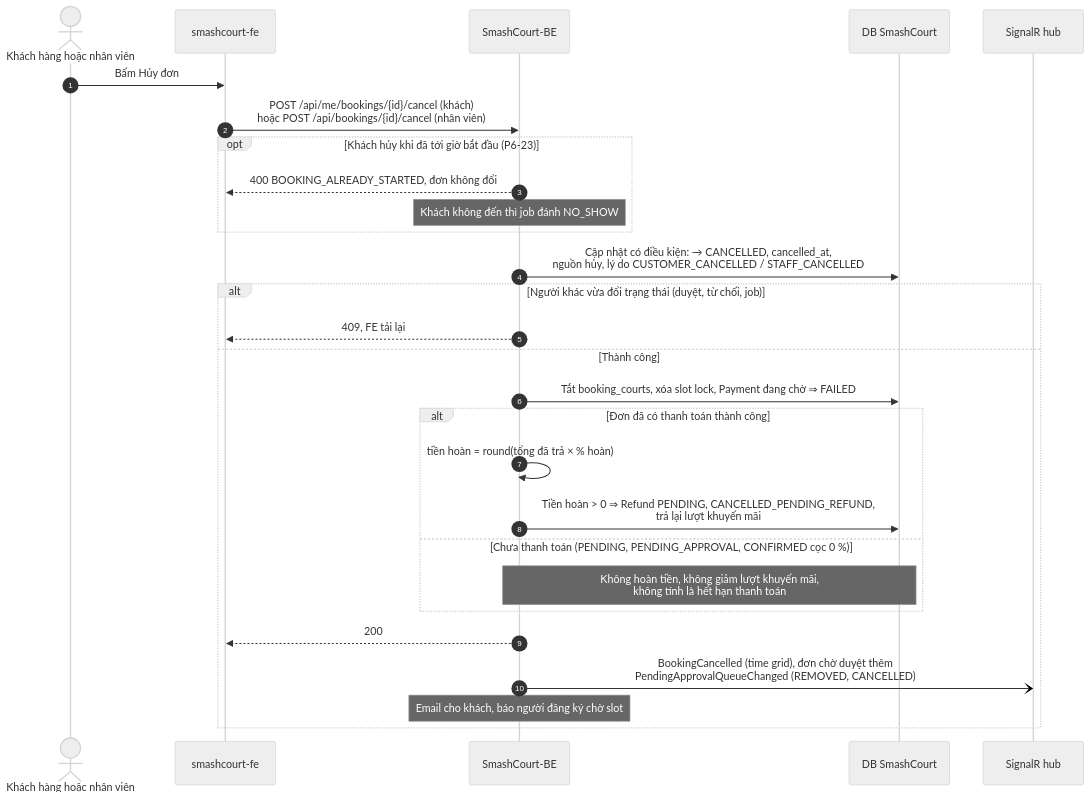
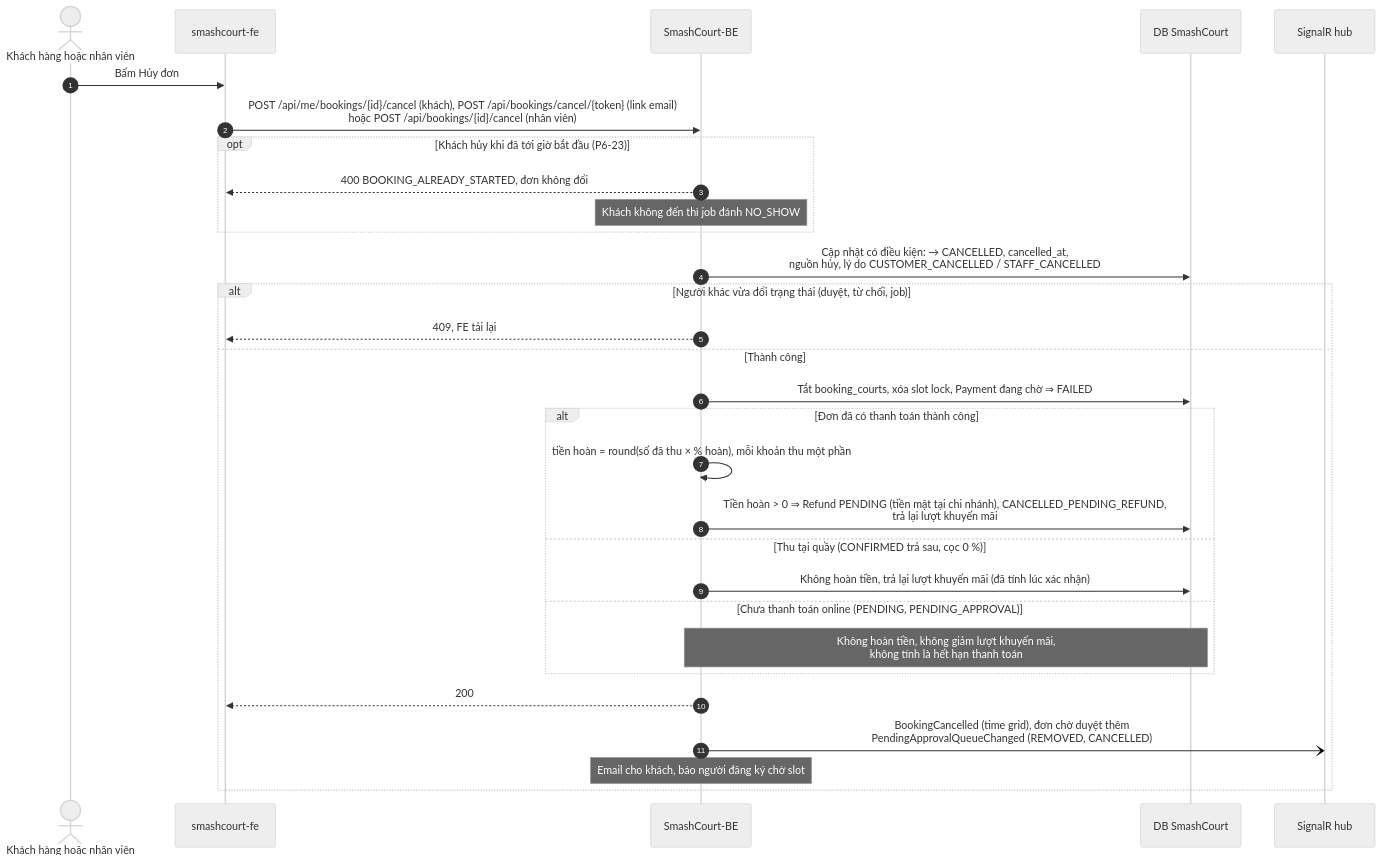
One commit to NguyenThanhTrung-N2T/TrustworthyAdaptiveDecisionSupportSystem-TADSS changed the sixth of 6 diagrams in docs/report/SEQUENCE_DIAGRAMS.md. Above: the diagram before and after it, drawn with Mermaid (neutral theme). The commit also changed other lines of this file and 2 other files, not shown here.

Commit message:
docs(phase6): 6A-4 plan and results; cancellation, payment result and checkout design; Phase 6 regression review
- Plan 6A-4 (thanh toán, hủy, check-out) kèm kết quả thực hiện và mục rà soát hồi quy so với trước Phase 6
- Spec 7.7–7.13: hoàn tiền mặt tại chi nhánh, thanh toán dùng chung mọi cổng, thứ tự kiểm link hủy, thứ tự khóa booking trước Payment
- Spec 7.9: hủy qua link trả lượt khuyến mãi, chữ email hủy khi hoàn 0 đ; sửa dòng rủi ro khuyến mãi ghi nhận quá
- Rủi ro mới: Job-01 chưa theo thứ tự khóa (6A-5); N-29 đã xử lý
- Sơ đồ tuần tự 5, 6 cập nhật theo luồng mới

````diff
--- a/docs/report/SEQUENCE_DIAGRAMS.md
+++ b/docs/report/SEQUENCE_DIAGRAMS.md
@@ -287,31 +290,33 @@
 ```mermaid
 sequenceDiagram
     autonumber
     actor C as Khách hàng hoặc nhân viên
     participant FE as smashcourt-fe
     participant BE as SmashCourt-BE
     participant DB as DB SmashCourt
     participant H as SignalR hub
 
     C->>FE: Bấm Hủy đơn
-    FE->>BE: POST /api/me/bookings/{id}/cancel (khách)<br/>hoặc POST /api/bookings/{id}/cancel (nhân viên)
+    FE->>BE: POST /api/me/bookings/{id}/cancel (khách), POST /api/bookings/cancel/{token} (link email)<br/>hoặc POST /api/bookings/{id}/cancel (nhân viên)
     opt Khách hủy khi đã tới giờ bắt đầu (P6-23)
         BE-->>FE: 400 BOOKING_ALREADY_STARTED, đơn không đổi
         Note over BE: Khách không đến thì job đánh NO_SHOW
     end
     BE->>DB: Cập nhật có điều kiện: → CANCELLED, cancelled_at,<br/>nguồn hủy, lý do CUSTOMER_CANCELLED / STAFF_CANCELLED
     alt Người khác vừa đổi trạng thái (duyệt, từ chối, job)
         BE-->>FE: 409, FE tải lại
     else Thành công
         BE->>DB: Tắt booking_courts, xóa slot lock, Payment đang chờ ⇒ FAILED
         alt Đơn đã có thanh toán thành công
-            BE->>BE: tiền hoàn = round(tổng đã trả × % hoàn)
-            BE->>DB: Tiền hoàn > 0 ⇒ Refund PENDING, CANCELLED_PENDING_REFUND,<br/>trả lại lượt khuyến mãi
-        else Chưa thanh toán (PENDING, PENDING_APPROVAL, CONFIRMED cọc 0 %)
+            BE->>BE: tiền hoàn = round(số đã thu × % hoàn), mỗi khoản thu một phần
+            BE->>DB: Tiền hoàn > 0 ⇒ Refund PENDING (tiền mặt tại chi nhánh), CANCELLED_PENDING_REFUND,<br/>trả lại lượt khuyến mãi
+        else Thu tại quầy (CONFIRMED trả sau, cọc 0 %)
+            BE->>DB: Không hoàn tiền, trả lại lượt khuyến mãi (đã tính lúc xác nhận)
+        else Chưa thanh toán online (PENDING, PENDING_APPROVAL)
             Note over BE,DB: Không hoàn tiền, không giảm lượt khuyến mãi,<br/>không tính là hết hạn thanh toán
         end
         BE-->>FE: 200
         BE-)H: BookingCancelled (time grid), đơn chờ duyệt thêm<br/>PendingApprovalQueueChanged (REMOVED, CANCELLED)
         Note over BE: Email cho khách, báo người đăng ký chờ slot
     end
 ```
````
